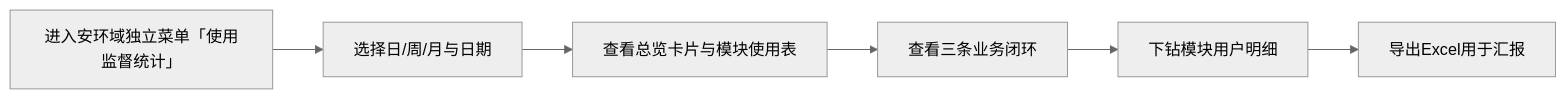
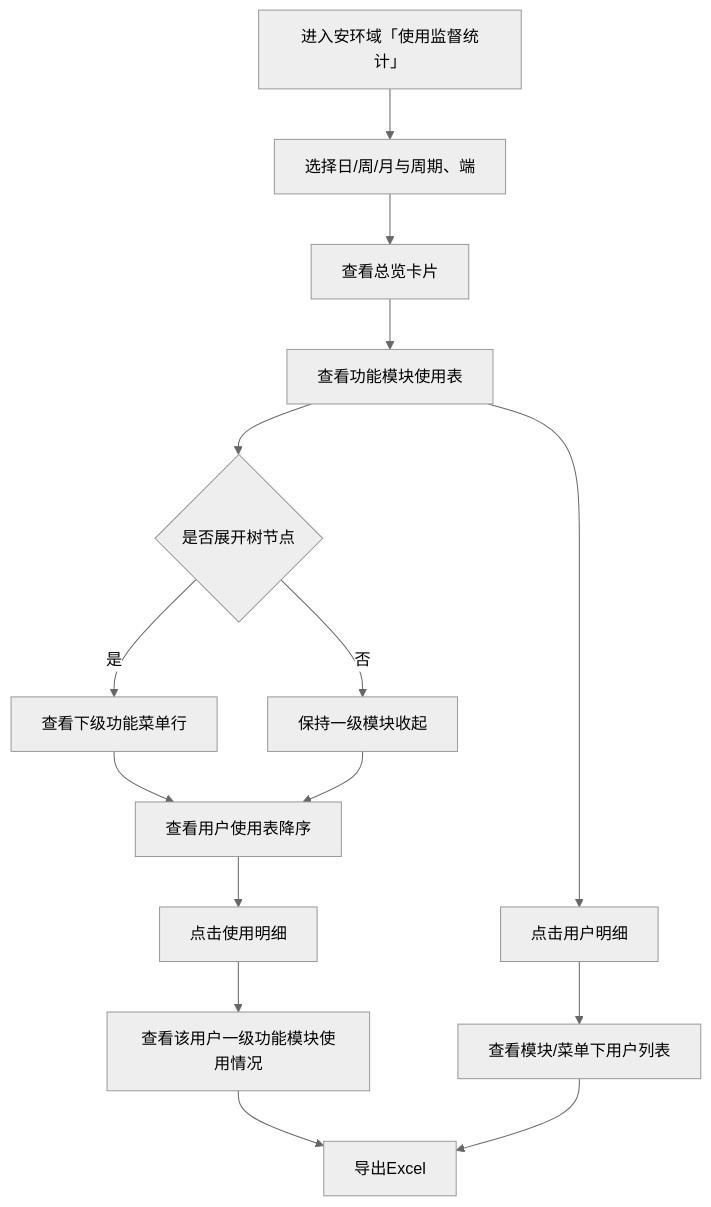
Before and after one commit to liaoliao66/SES: the second of 5 diagrams in docs/versions/v1.1.0/prd.md, drawn with Mermaid (neutral theme). The commit also changed other lines of this file and 4 other files, not shown here.

````diff
--- a/docs/versions/v1.1.0/prd.md
+++ b/docs/versions/v1.1.0/prd.md
@@ -86,8 +139,17 @@
 ```mermaid
-flowchart LR
-  A[进入安环域独立菜单「使用监督统计」] --> B[选择日/周/月与日期]
-  B --> C[查看总览卡片与模块使用表]
-  C --> D[查看三条业务闭环]
-  D --> E[下钻模块用户明细]
-  E --> F[导出Excel用于汇报]
+flowchart TD
+  A[进入安环域「使用监督统计」] --> B[选择日/周/月与周期、端]
+  B --> C[查看总览卡片]
+  C --> D[查看功能模块使用表]
+  D --> E{是否展开树节点}
+  E -->|是| F[查看下级功能菜单行]
+  E -->|否| G[保持一级模块收起]
+  F --> H[查看用户使用表降序]
+  G --> H
+  H --> I[点击使用明细]
+  I --> J[查看该用户一级功能模块使用情况]
+  D --> K[点击用户明细]
+  K --> L[查看模块/菜单下用户列表]
+  J --> M[导出Excel]
+  L --> M
 ```
````
